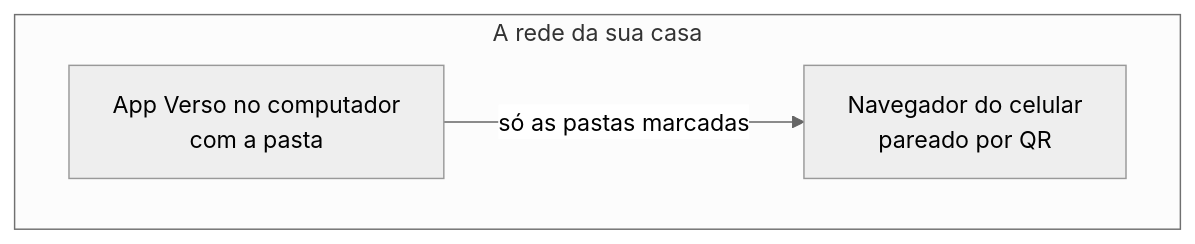
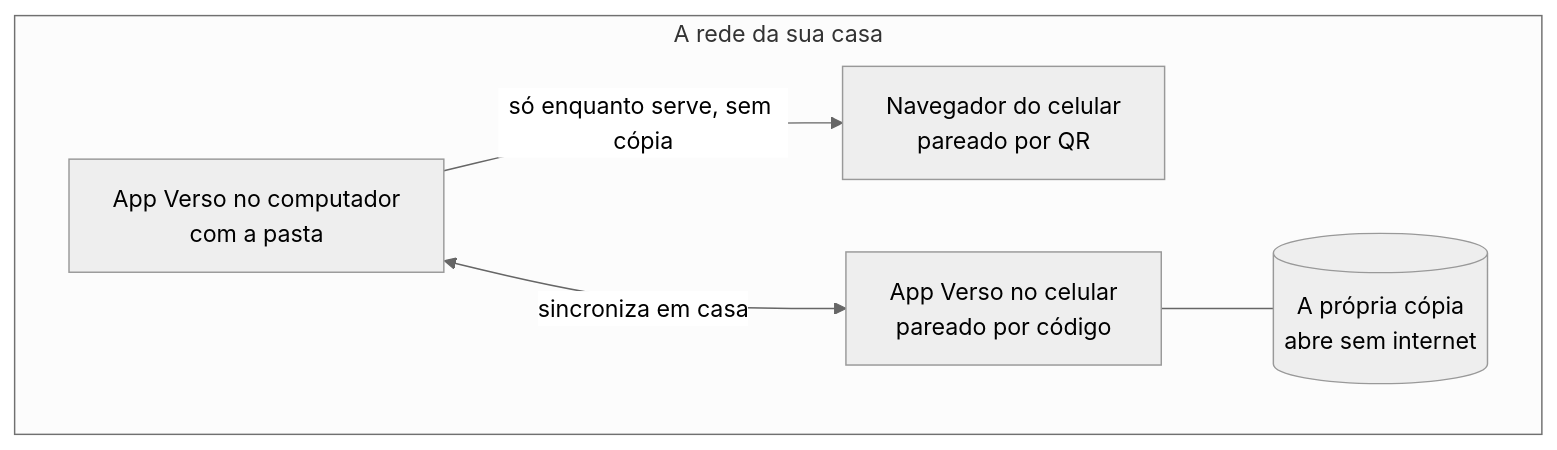
The second of 9 diagrams in src/content/wiki/pt/como-voce-vai-usar-o-verso.md (SergioSJS/versomd-site), drawn with Mermaid (neutral theme) before and after one commit. The commit also changed other lines of this file and 14 other files, not shown here.

Commit message:
Wiki: re-imported at c21da329 (pairing the Verso app with the computer at home, the phone board, the sideways swipe, Watabou's walls kept for the game master)

````diff
--- a/src/content/wiki/pt/como-voce-vai-usar-o-verso.md
+++ b/src/content/wiki/pt/como-voce-vai-usar-o-verso.md
@@ -62,8 +63,14 @@
 ```mermaid
 flowchart TB
-  accTitle: Computador e celular na mesma rede
-  accDescr: O app do computador serve as pastas marcadas pela rede da casa; o navegador do celular, pareado por um QR, abre essas pastas enquanto o computador está ligado.
+  accTitle: Computador e celular na mesma rede, dois jeitos
+  accDescr: O app do computador serve as pastas marcadas pela rede da casa. O navegador do celular, pareado por um QR, só as abre enquanto o computador serve, sem cópia. O app Verso do celular, pareado por um código, guarda a própria cópia, que abre sem internet e sincroniza nos dois sentidos com o computador quando os dois se encontram em casa.
   subgraph casa["A rede da sua casa"]
-    pc["App Verso no computador<br/>com a pasta"] -->|"só as pastas marcadas"| cel["Navegador do celular<br/>pareado por QR"]
+    pc["App Verso no computador<br/>com a pasta"]
+    nav["Navegador do celular<br/>pareado por QR"]
+    app["App Verso no celular<br/>pareado por código"]
+    copia[("A própria cópia<br/>abre sem internet")]
+    pc -->|"só enquanto serve, sem cópia"| nav
+    pc <-->|"sincroniza em casa"| app
+    app --- copia
   end
 ```
````
